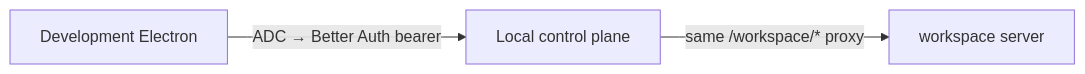
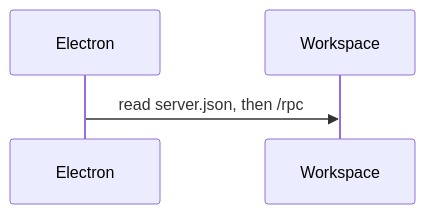
The fourth of 9 diagrams in specs/dev-electron-control-plane.md (cashew-labs/halo), drawn with Mermaid before and after one commit. The commit also changed other lines of this file, not shown here.

First line of the commit message:
Show the sign-in and proxy paths as diagrams and call stacks.

````diff
--- a/specs/dev-electron-control-plane.md
+++ b/specs/dev-electron-control-plane.md
@@ -29,9 +98,9 @@
 ```mermaid
-flowchart LR
-  E[Development Electron]
-  E -->|"ADC → Better Auth bearer"| CP[Local control plane]
-  CP -->|"same /workspace/* proxy"| W[workspace server]
-  %% ref node:E [[apps/electron/src/main/main.ts#createDesktopAuthentication]]
-  %% ref node:CP [[apps/control-plane/src/workspace/proxy.ts#WorkspaceGateway.serve]]
-  %% ref node:W [[apps/control-plane/src/workspace/WorkspaceService.ts#WorkspaceService.getConnection]]
+sequenceDiagram
+  participant Electron
+  participant Workspace
+  Electron->>Workspace: read server.json, then /rpc
+  %% ref node:Electron [[apps/electron/src/main/main.ts#createDesktopAuthentication]]
+  %% ref node:Workspace [[packages/shared/src/WorkspaceServerConnection.ts#readWorkspaceServerConnection]]
+  %% ref edge:0 [[apps/electron/src/main/DesktopAuthentication.ts#createLocalDesktopAuthentication]]
 ```
````
